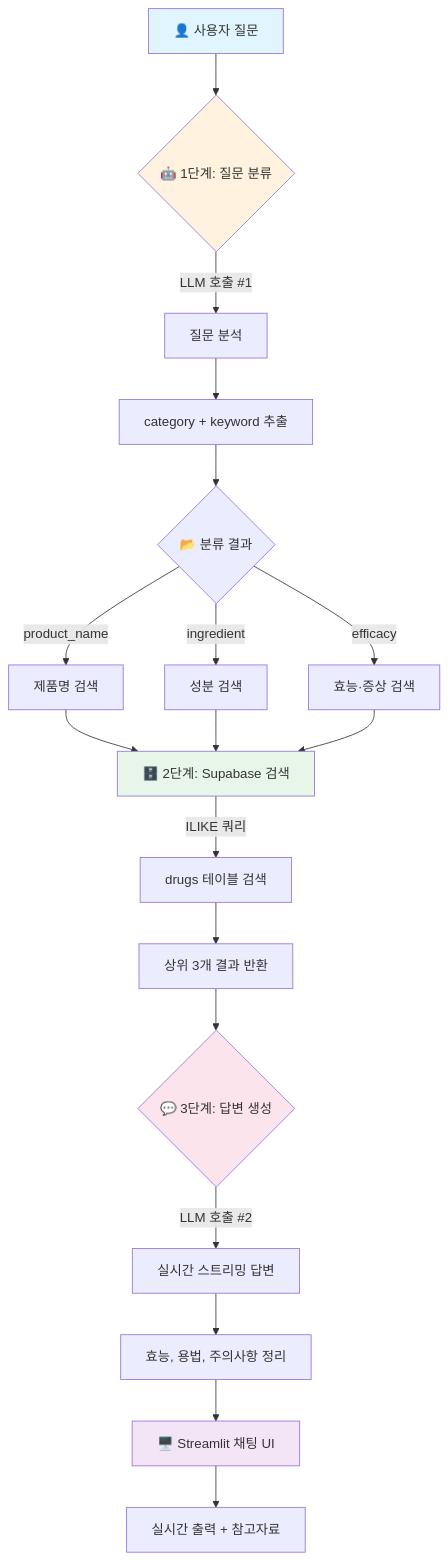
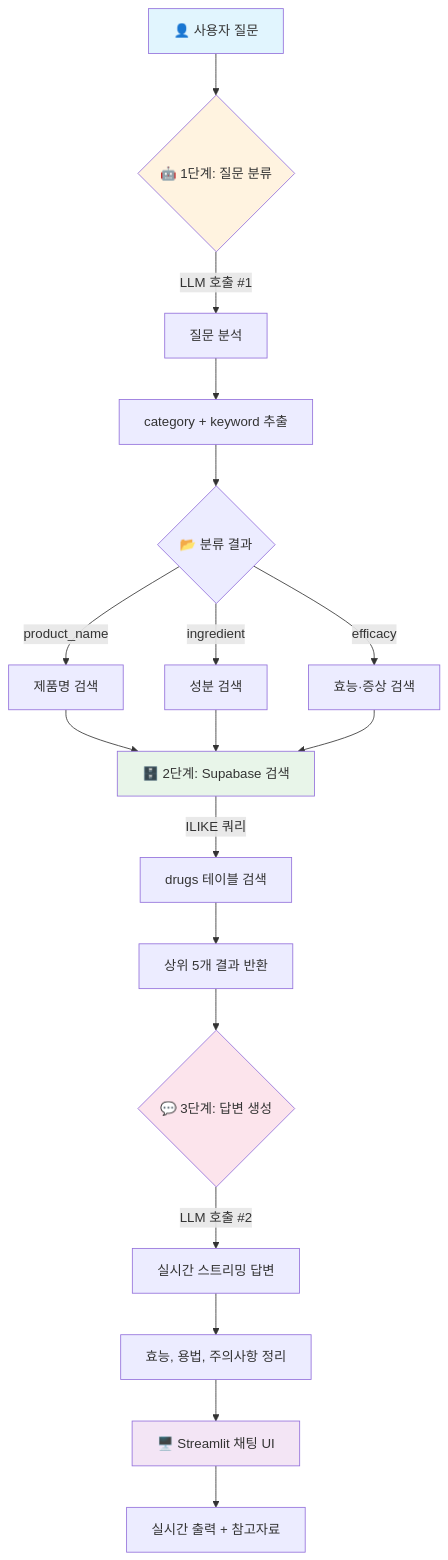
The diagram in DJAeun/README.md (harry1749/SKN22-3rd-1Team), drawn with Mermaid before and after one commit. The commit also changed other lines of this file, not shown here.

````diff
--- a/DJAeun/README.md
+++ b/DJAeun/README.md
@@ -101,32 +101,32 @@
 ```mermaid
 flowchart TD
     A[👤 사용자 질문] --> B{🤖 1단계: 질문 분류}
     
     B --> |LLM 호출 #1| C[질문 분석]
     C --> D[category + keyword 추출]
     
     D --> E{📂 분류 결과}
     E --> |product_name| F[제품명 검색]
     E --> |ingredient| G[성분 검색]
     E --> |efficacy| H[효능·증상 검색]
     
     F --> I[🗄️ 2단계: Supabase 검색]
     G --> I
     H --> I
     
     I --> |ILIKE 쿼리| J[drugs 테이블 검색]
-    J --> K[상위 3개 결과 반환]
+    J --> K[상위 5개 결과 반환]
     
     K --> L{💬 3단계: 답변 생성}
     L --> |LLM 호출 #2| M[실시간 스트리밍 답변]
     M --> N[효능, 용법, 주의사항 정리]
     
     N --> O[🖥️ Streamlit 채팅 UI]
     O --> P[실시간 출력 + 참고자료]
     
     style A fill:#e1f5fe
     style B fill:#fff3e0
     style I fill:#e8f5e9
     style L fill:#fce4ec
     style O fill:#f3e5f5
 ```
````
